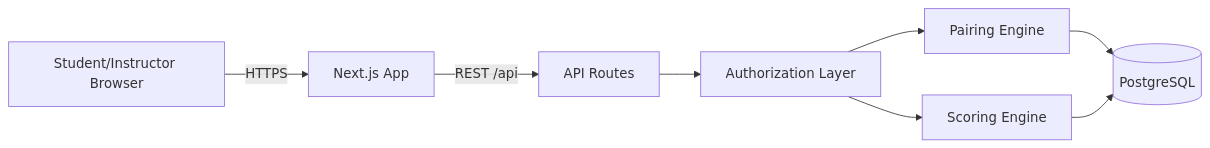
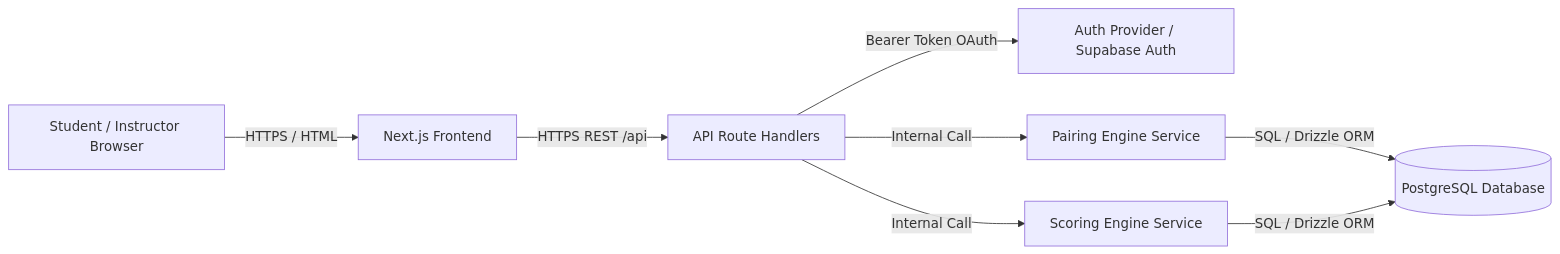
Before and after one commit to Bunyakorn-K/sdpx-ultrasmooth: the diagram in docs/architecture.md, drawn with Mermaid. The commit also changed other lines of this file and 4 other files, not shown here.

````diff
--- a/docs/architecture.md
+++ b/docs/architecture.md
@@ -3,10 +3,10 @@
 ```mermaid
 flowchart LR
-    U[Student/Instructor Browser] -->|HTTPS| FE[Next.js App]
-    FE -->|REST /api| API[API Routes]
-    API --> AUTHZ[Authorization Layer]
-    AUTHZ --> PAIR[Pairing Engine]
-    AUTHZ --> SCORE[Scoring Engine]
-    PAIR --> DB[(PostgreSQL)]
-    SCORE --> DB
+    U[Student / Instructor Browser] -->|HTTPS / HTML| FE[Next.js Frontend]
+    FE -->|HTTPS REST /api| API[API Route Handlers]
+    API -->|Bearer Token OAuth| AUTH[Auth Provider / Supabase Auth]
+    API -->|Internal Call| PAIR[Pairing Engine Service]
+    API -->|Internal Call| SCORE[Scoring Engine Service]
+    PAIR -->|SQL / Drizzle ORM| DB[(PostgreSQL Database)]
+    SCORE -->|SQL / Drizzle ORM| DB
 ```
````
